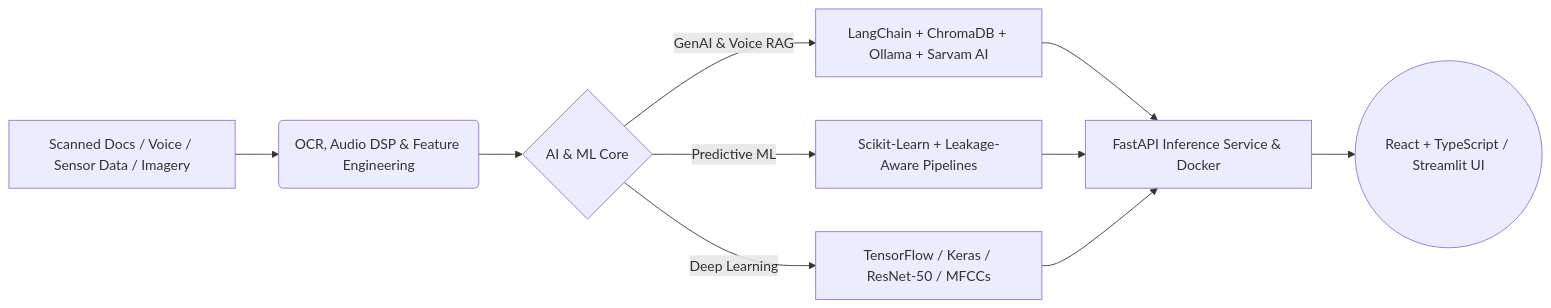
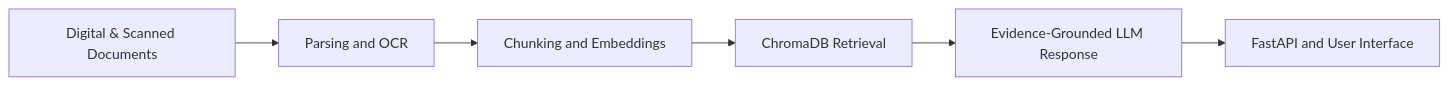
Before and after one commit to Yash-Raj-Ravi/Yash-Raj-Ravi: the diagram in README.md, drawn with Mermaid. The commit also changed other lines of this file, not shown here.

````diff
--- a/README.md
+++ b/README.md
@@ -44,12 +49,8 @@
 ```mermaid
-graph LR
-    A[Scanned Docs / Voice / Sensor Data / Imagery] --> B(OCR, Audio DSP & Feature Engineering)
-    B --> C{AI & ML Core}
-    C -->|GenAI & Voice RAG| D[LangChain + ChromaDB + Ollama + Sarvam AI]
-    C -->|Predictive ML| E[Scikit-Learn + Leakage-Aware Pipelines]
-    C -->|Deep Learning| F[TensorFlow / Keras / ResNet-50 / MFCCs]
-    D --> G[FastAPI Inference Service & Docker]
-    E --> G
-    F --> G
-    G --> H((React + TypeScript / Streamlit UI))
+flowchart LR
+    A[Digital & Scanned Documents] --> B[Parsing and OCR]
+    B --> C[Chunking and Embeddings]
+    C --> D[ChromaDB Retrieval]
+    D --> E[Evidence-Grounded LLM Response]
+    E --> F[FastAPI and User Interface]
 ```
````
